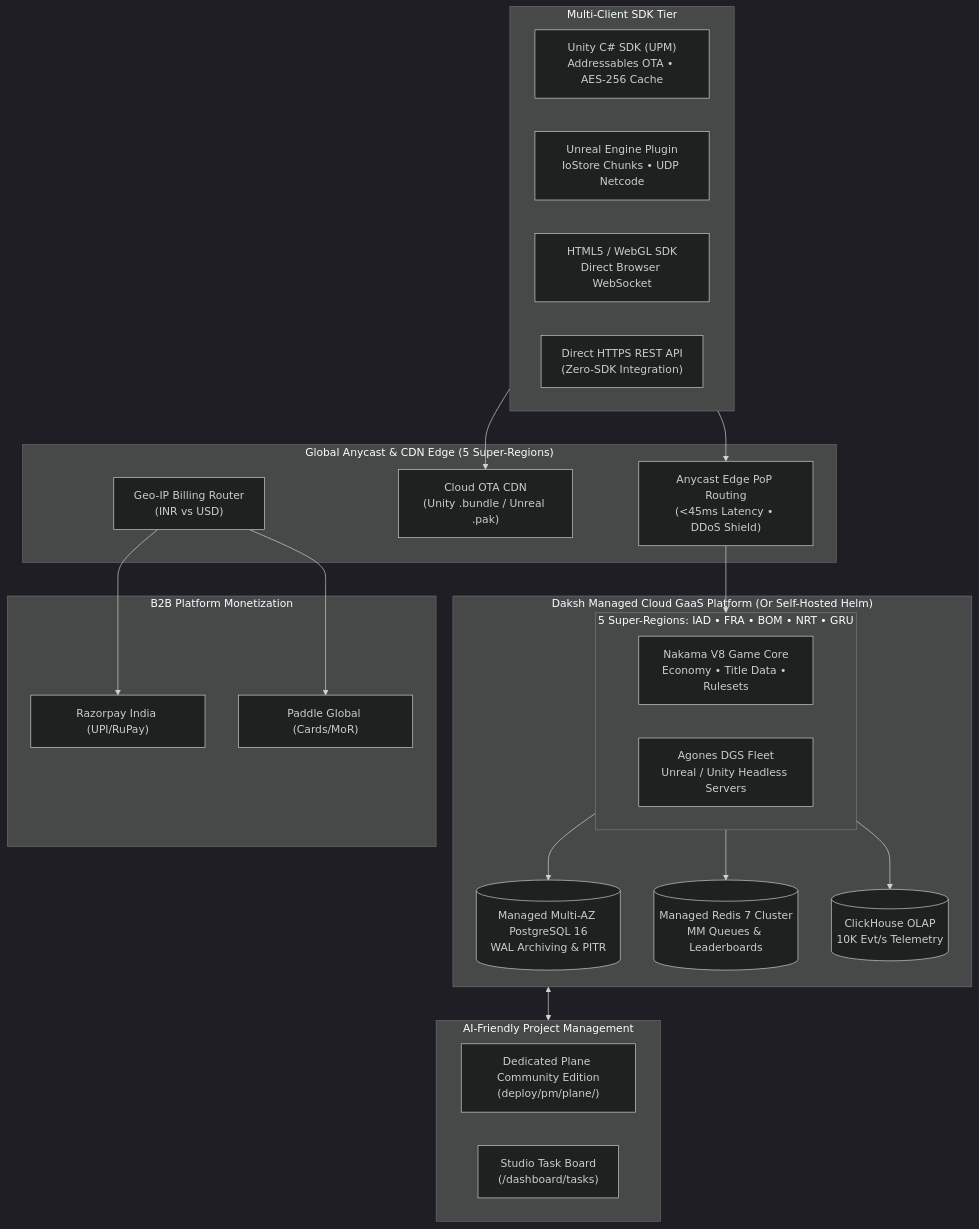
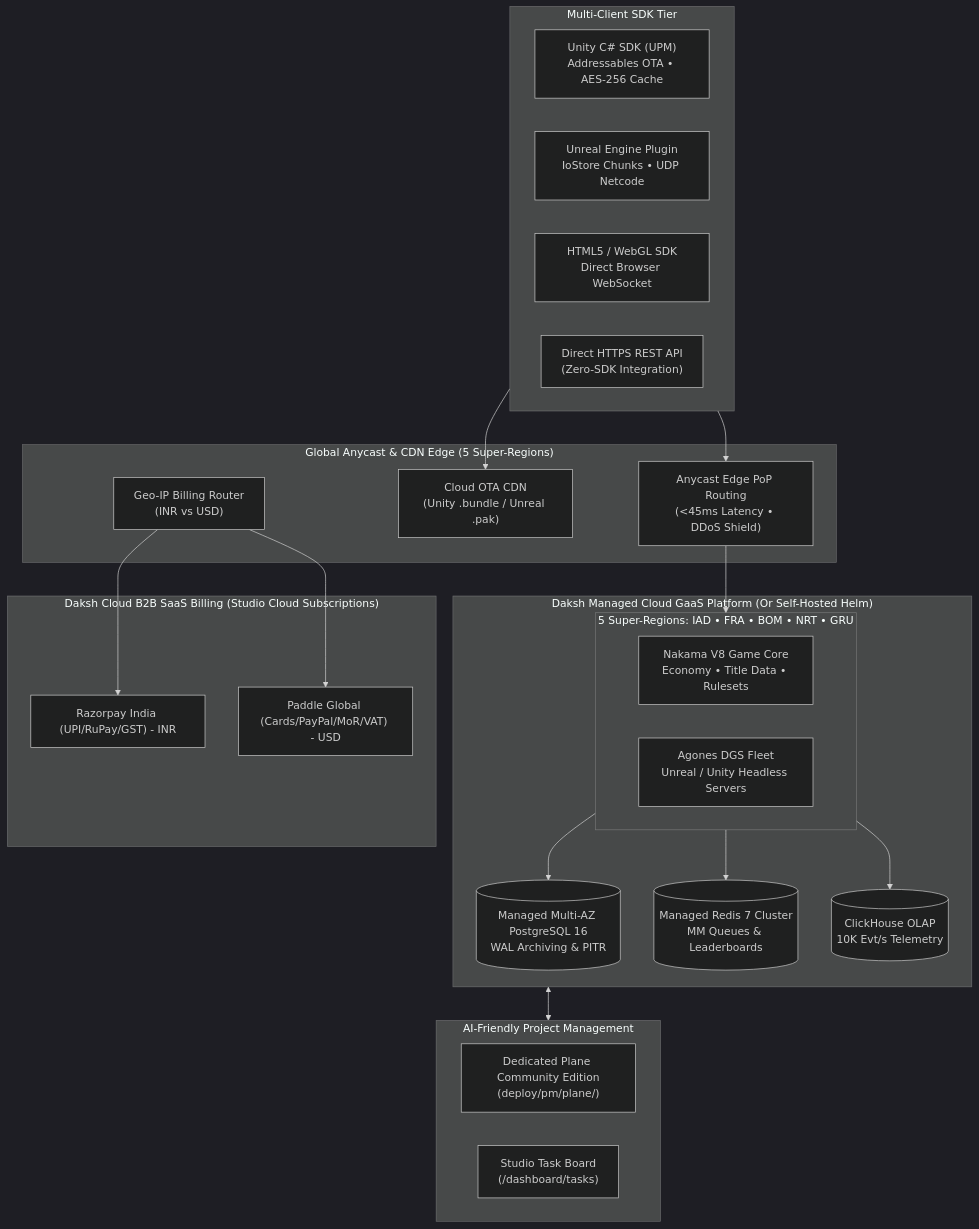
Before and after one commit to ingeniidigital-hue/daksh: the diagram in README.md, drawn with Mermaid (dark theme). The commit also changed other lines of this file, not shown here.

Commit message:
docs: clarify Daksh Cloud B2B SaaS subscription billing vs in-game economy

````diff
--- a/README.md
+++ b/README.md
@@ -35,45 +35,45 @@
 ```mermaid
 flowchart TD
     subgraph CLIENTS["Multi-Client SDK Tier"]
         U3D["Unity C# SDK (UPM)<br>Addressables OTA • AES-256 Cache"]
         UE5["Unreal Engine Plugin<br>IoStore Chunks • UDP Netcode"]
         HTML["HTML5 / WebGL SDK<br>Direct Browser WebSocket"]
         REST["Direct HTTPS REST API<br>(Zero-SDK Integration)"]
     end
 
     subgraph EDGE["Global Anycast & CDN Edge (5 Super-Regions)"]
         ANY["Anycast Edge PoP Routing<br>(&lt;45ms Latency • DDoS Shield)"]
         CDN["Cloud OTA CDN<br>(Unity .bundle / Unreal .pak)"]
         GEO["Geo-IP Billing Router<br>(INR vs USD)"]
     end
 
     subgraph MANAGED_CLOUD["Daksh Managed Cloud GaaS Platform (Or Self-Hosted Helm)"]
         subgraph REGIONS["5 Super-Regions: IAD • FRA • BOM • NRT • GRU"]
             CORE["Nakama V8 Game Core<br>Economy • Title Data • Rulesets"]
             AGONES["Agones DGS Fleet<br>Unreal / Unity Headless Servers"]
         end
         PG[("Managed Multi-AZ PostgreSQL 16<br>WAL Archiving & PITR")]
         RD[("Managed Redis 7 Cluster<br>MM Queues & Leaderboards")]
         CH[("ClickHouse OLAP<br>10K Evt/s Telemetry")]
     end
 
     subgraph PM["AI-Friendly Project Management"]
         PLANE["Dedicated Plane Community Edition<br>(deploy/pm/plane/)"]
         IN_APP["Studio Task Board<br>(/dashboard/tasks)"]
     end
 
-    subgraph BILLING["B2B Platform Monetization"]
-        RZP["Razorpay India (UPI/RuPay)"]
-        PDL["Paddle Global (Cards/MoR)"]
+    subgraph BILLING["Daksh Cloud B2B SaaS Billing (Studio Cloud Subscriptions)"]
+        RZP["Razorpay India (UPI/RuPay/GST) - INR"]
+        PDL["Paddle Global (Cards/PayPal/MoR/VAT) - USD"]
     end
 
     CLIENTS --> ANY
     CLIENTS --> CDN
     ANY --> REGIONS
     REGIONS --> PG
     REGIONS --> RD
     REGIONS --> CH
     GEO --> RZP
     GEO --> PDL
     MANAGED_CLOUD <--> PM
 ```
````
